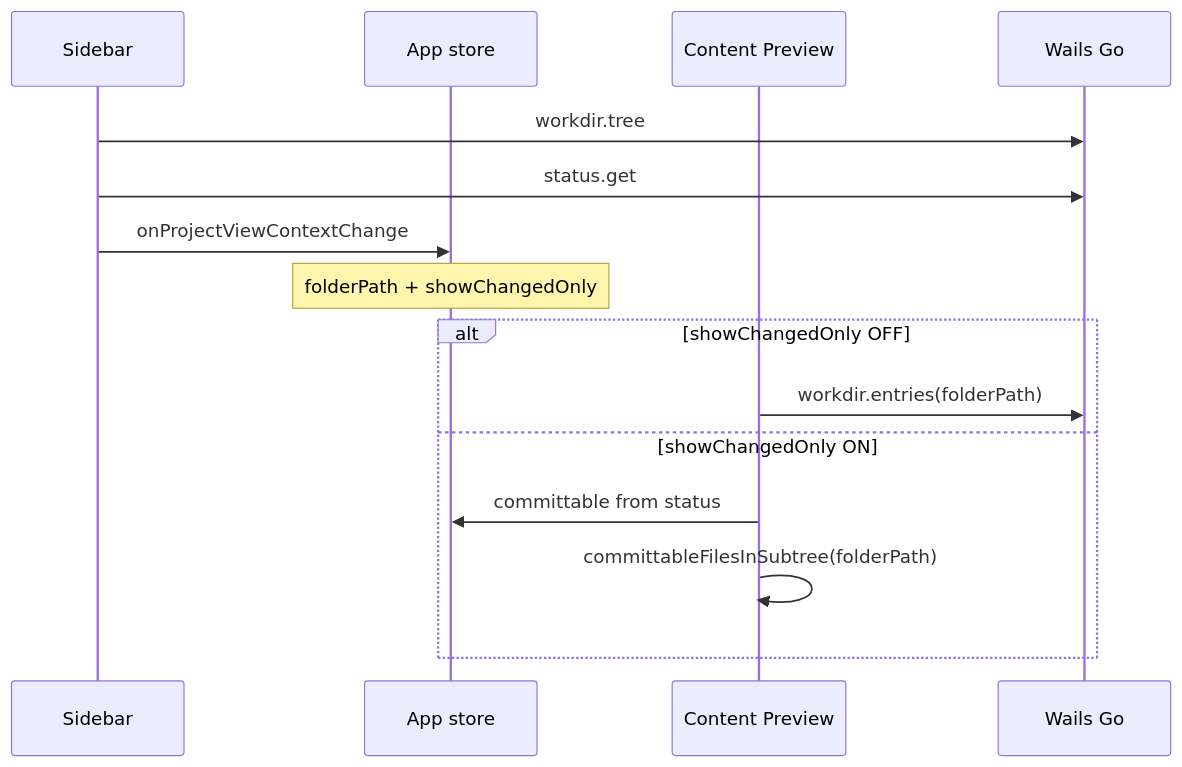
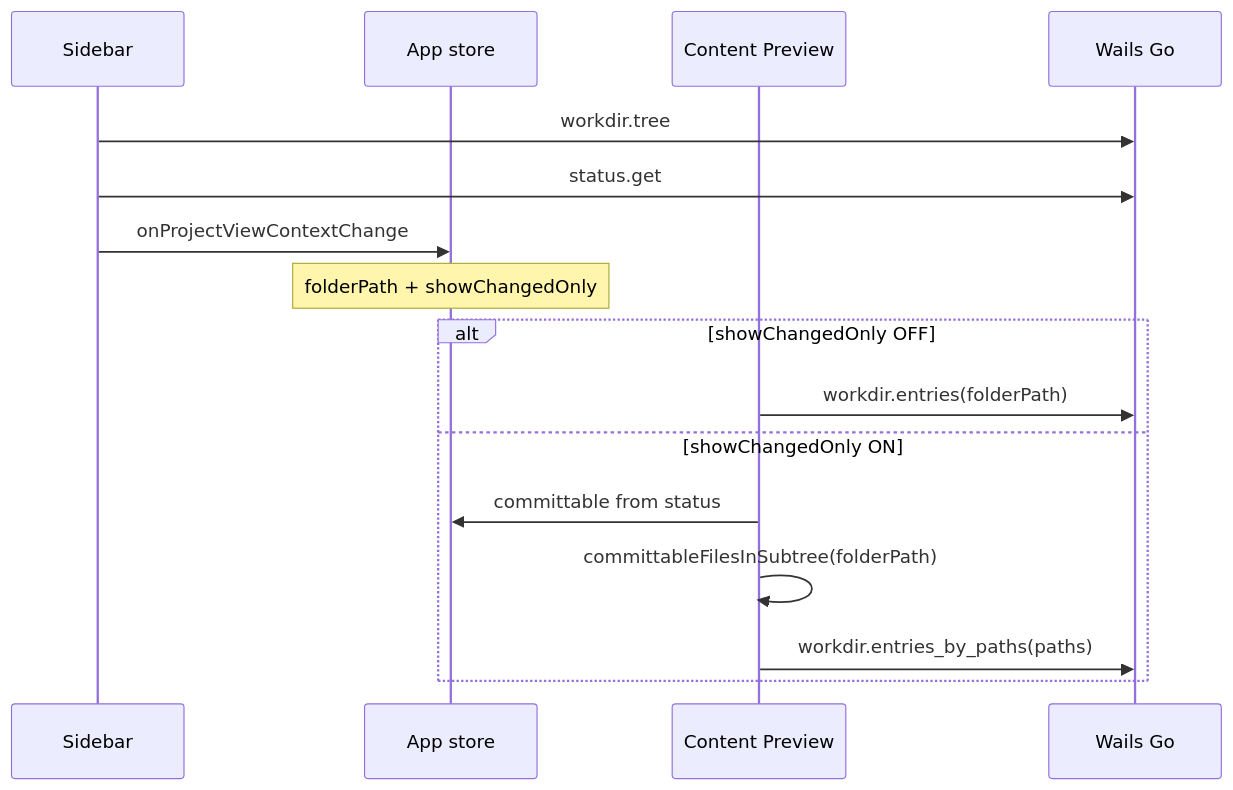
One commit to DSLitvinov/difference-machine changed the diagram in .cursor/interface/sidebar-project-view.md. Above: the diagram before and after it, drawn with Mermaid. The commit also changed other lines of this file and 17 other files, not shown here.

````diff
--- a/.cursor/interface/sidebar-project-view.md
+++ b/.cursor/interface/sidebar-project-view.md
@@ -303,20 +325,21 @@
 ```mermaid
 sequenceDiagram
   participant SB as Sidebar
   participant App as App store
   participant PV as Content Preview
   participant W as Wails Go
 
   SB->>W: workdir.tree
   SB->>W: status.get
 
   SB->>App: onProjectViewContextChange
   Note over App: folderPath + showChangedOnly
 
   alt showChangedOnly OFF
     PV->>W: workdir.entries(folderPath)
   else showChangedOnly ON
     PV->>App: committable from status
     PV->>PV: committableFilesInSubtree(folderPath)
+    PV->>W: workdir.entries_by_paths(paths)
   end
 ```
````
